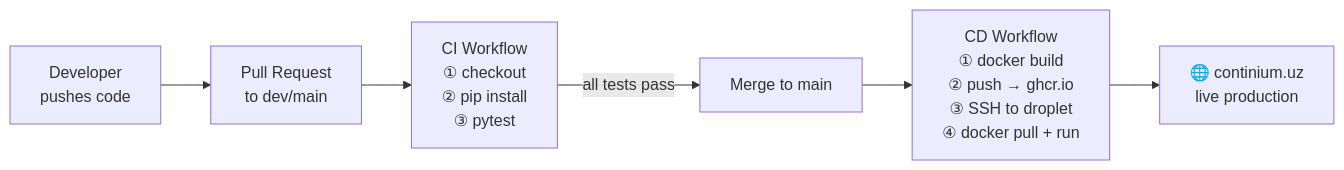
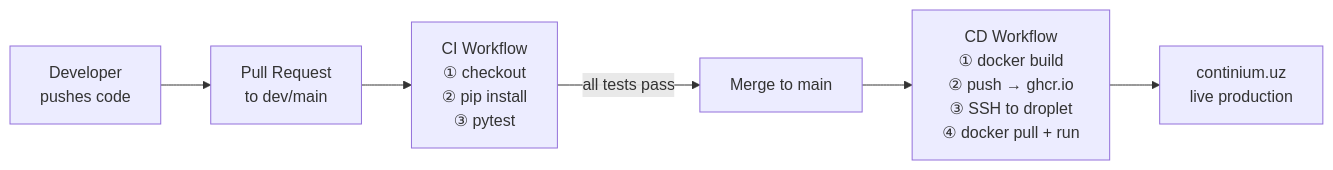
Before and after one commit to wlvUmar/Continium: the fifth of 6 diagrams in docs/ARCHITECTURE.md, drawn with Mermaid. The commit also changed other lines of this file and 2 other files, not shown here.

Commit message:
docs: remove emojis from all markdown documents

````diff
--- a/docs/ARCHITECTURE.md
+++ b/docs/ARCHITECTURE.md
@@ -151,8 +151,8 @@
 ```mermaid
 flowchart LR
-    DEV["Developer\npushes code"] --> PR["Pull Request\nto dev/main"]
-    PR --> CI["CI Workflow\n① checkout\n② pip install\n③ pytest"]
-    CI -->|all tests pass| MERGE["Merge to main"]
-    MERGE --> CD["CD Workflow\n① docker build\n② push → ghcr.io\n③ SSH to droplet\n④ docker pull + run"]
-    CD --> PROD["🌐 continium.uz\nlive production"]
+ DEV["Developer\npushes code"] --> PR["Pull Request\nto dev/main"]
+ PR --> CI["CI Workflow\n① checkout\n② pip install\n③ pytest"]
+ CI -->|all tests pass| MERGE["Merge to main"]
+ MERGE --> CD["CD Workflow\n① docker build\n② push → ghcr.io\n③ SSH to droplet\n④ docker pull + run"]
+ CD --> PROD[" continium.uz\nlive production"]
 ```
````
